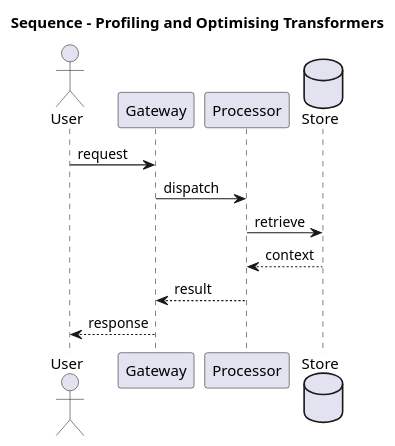
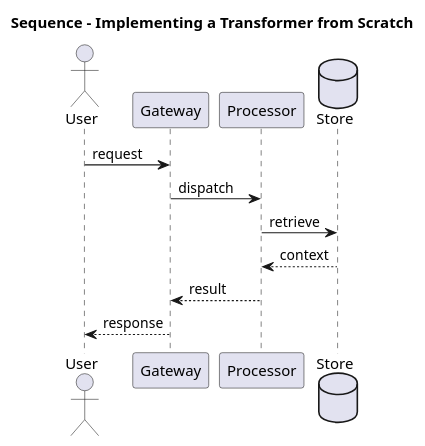
Before and after one commit to ankit05121980/AI-University: the diagram in content/transformers/transformers-foundations/diagrams/fig-017-sequence.puml, drawn with PlantUML. The commit also changed 408 other files, not shown here.

First line of the commit message:
Chapter-paginated reader, fix horizontal scroll, richer diagrams + UI

```diff
--- a/content/transformers/transformers-foundations/diagrams/fig-017-sequence.puml
+++ b/content/transformers/transformers-foundations/diagrams/fig-017-sequence.puml
@@ -1,13 +1,13 @@
 @startuml
-title Sequence - Profiling and Optimising Transformers
+title Sequence - Implementing a Transformer from Scratch
 actor User
 participant Gateway
 participant Processor
 database Store
 User -> Gateway : request
 Gateway -> Processor : dispatch
 Processor -> Store : retrieve
 Store --> Processor : context
 Processor --> Gateway : result
 Gateway --> User : response
 @enduml
```
